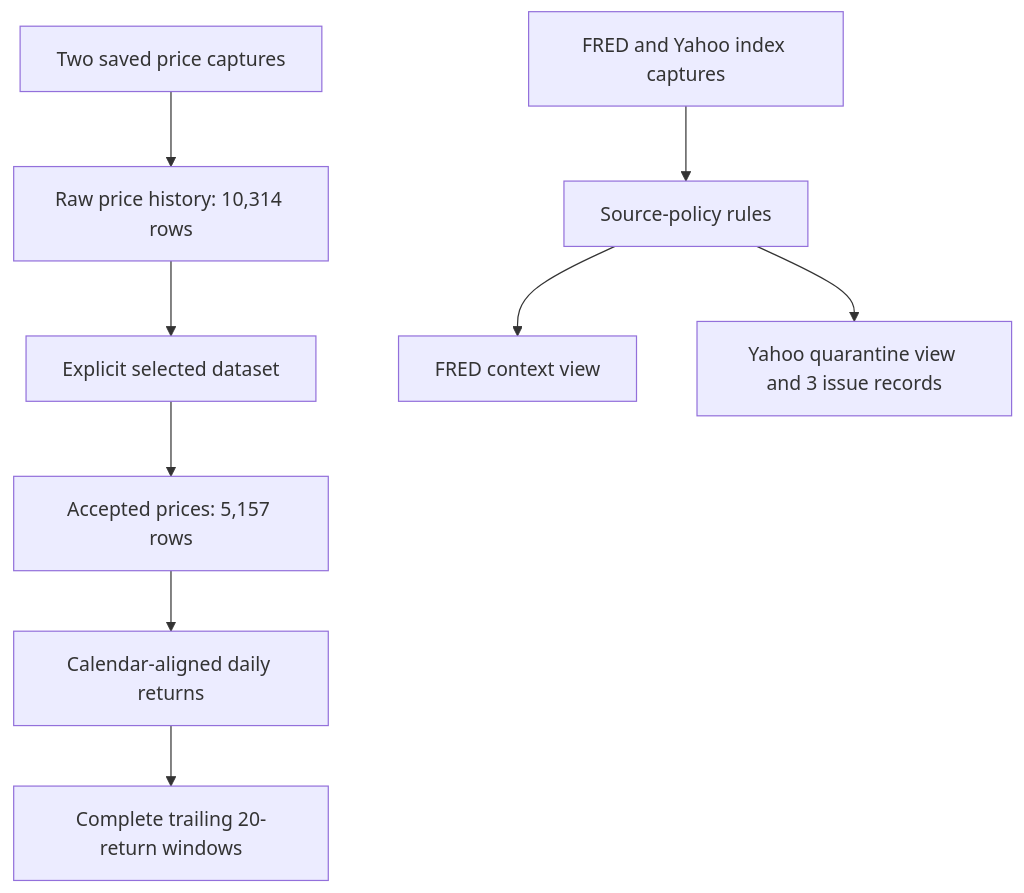
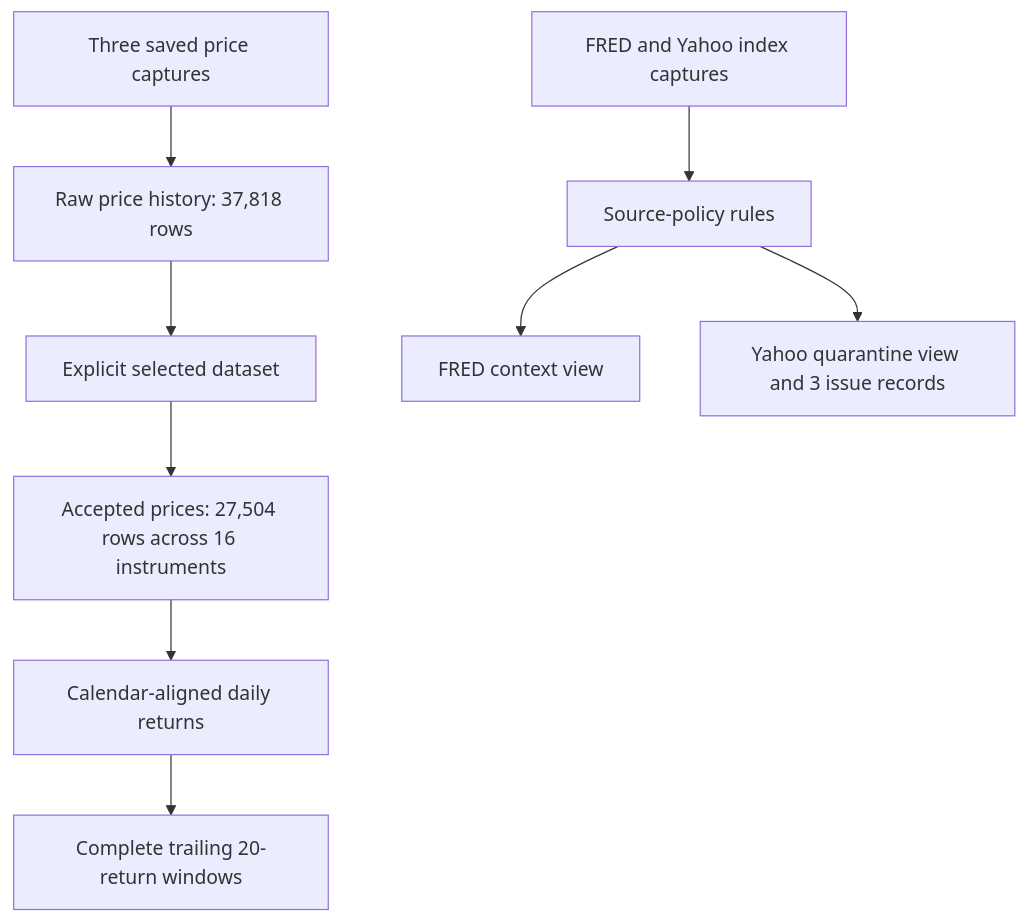
Before and after one commit to alisaayz/portfolio-risk: the diagram in docs/03_SQL_WALKTHROUGH.md, drawn with Mermaid. The commit also changed other lines of this file and 22 other files, not shown here.

````diff
--- a/docs/03_SQL_WALKTHROUGH.md
+++ b/docs/03_SQL_WALKTHROUGH.md
@@ -9,11 +9,11 @@
 ```mermaid
 flowchart TD
-    A[Two saved price captures] --> B[Raw price history: 10,314 rows]
+    A[Three saved price captures] --> B[Raw price history: 37,818 rows]
     B --> C[Explicit selected dataset]
-    C --> D[Accepted prices: 5,157 rows]
+    C --> D[Accepted prices: 27,504 rows across 16 instruments]
     D --> E[Calendar-aligned daily returns]
     E --> F[Complete trailing 20-return windows]
     G[FRED and Yahoo index captures] --> H[Source-policy rules]
     H --> I[FRED context view]
     H --> J[Yahoo quarantine view and 3 issue records]
 ```
````
